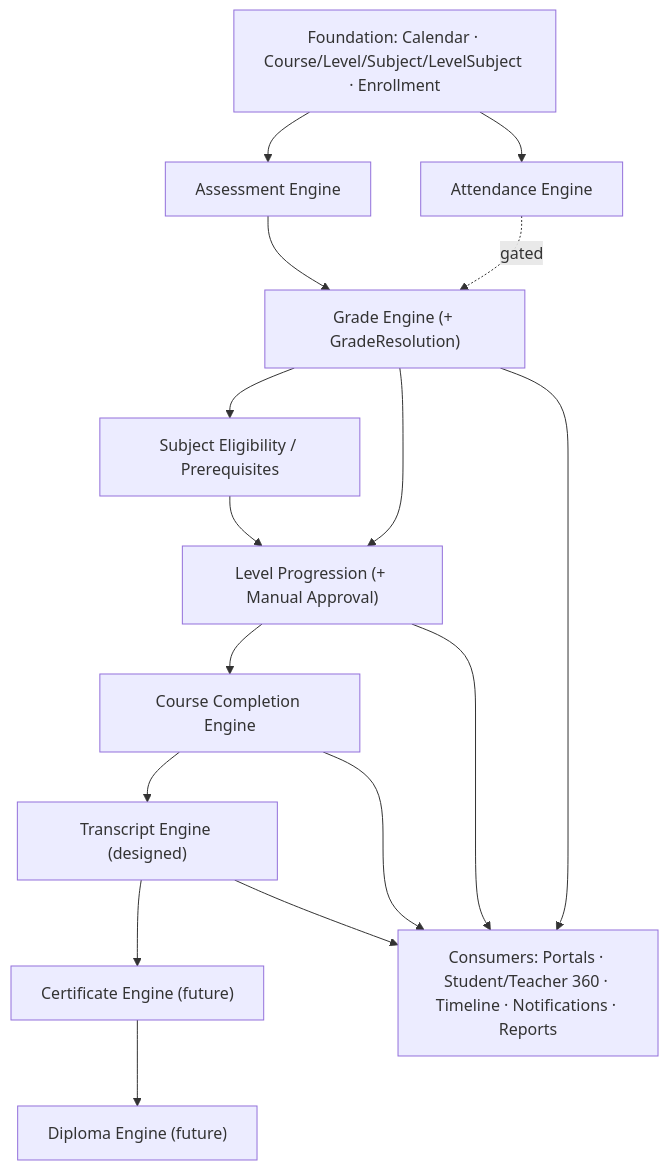
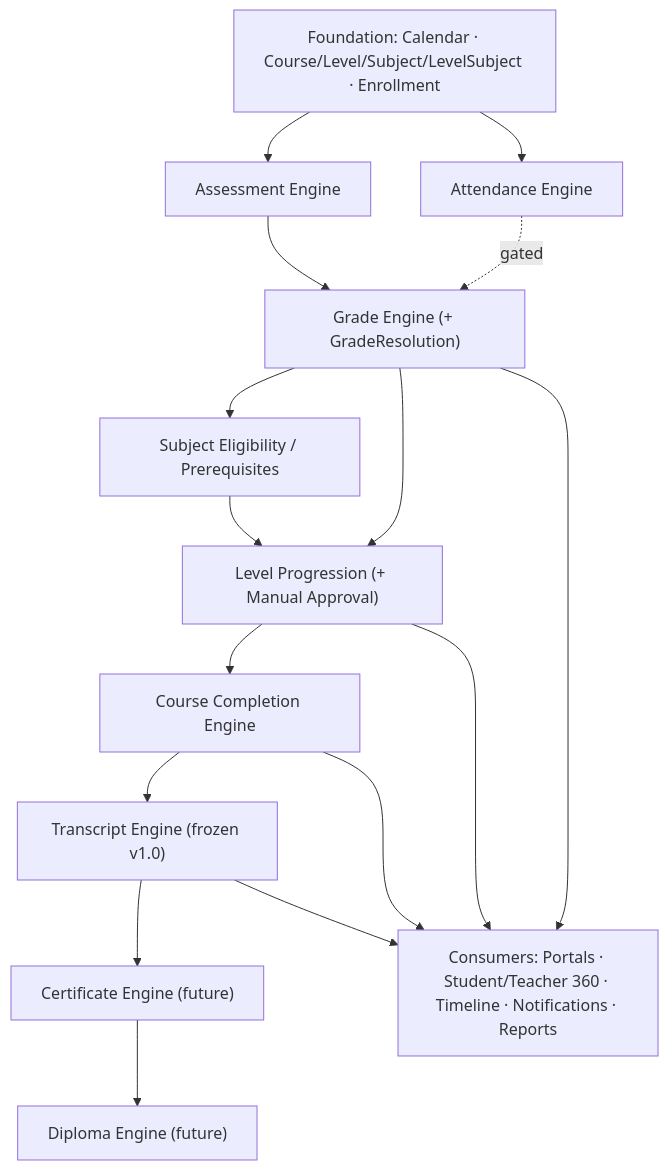
One commit to rafael-the-dev/e-learning changed the second of 2 diagrams in docs/academic-core-architecture.md. Above: the diagram before and after it, drawn with Mermaid. The commit also changed other lines of this file and 1 other file, not shown here.

First line of the commit message:
docs(academic-core): freeze Academic Core architecture at v1.0 + ADR-001

````diff
--- a/docs/academic-core-architecture.md
+++ b/docs/academic-core-architecture.md
@@ -519,25 +562,25 @@
 ```mermaid
 flowchart TD
   FOUND["Foundation: Calendar · Course/Level/Subject/LevelSubject · Enrollment"]
   ASSESS["Assessment Engine"]
   GRADE["Grade Engine (+ GradeResolution)"]
   ATT["Attendance Engine"]
   ELIG["Subject Eligibility / Prerequisites"]
   LVL["Level Progression (+ Manual Approval)"]
   CCE["Course Completion Engine"]
-  TRANS["Transcript Engine (designed)"]
+  TRANS["Transcript Engine (frozen v1.0)"]
   CERT["Certificate Engine (future)"]
   DIP["Diploma Engine (future)"]
   CONS["Consumers: Portals · Student/Teacher 360 · Timeline · Notifications · Reports"]
 
   FOUND --> ASSESS --> GRADE
   FOUND --> ATT
   ATT -. gated .-> GRADE
   GRADE --> ELIG --> LVL --> CCE
   GRADE --> LVL
   CCE --> TRANS --> CERT --> DIP
   GRADE --> CONS
   LVL --> CONS
   CCE --> CONS
   TRANS --> CONS
 ```
````
